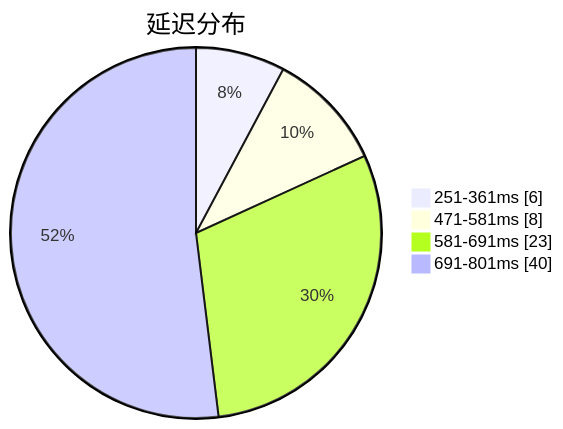
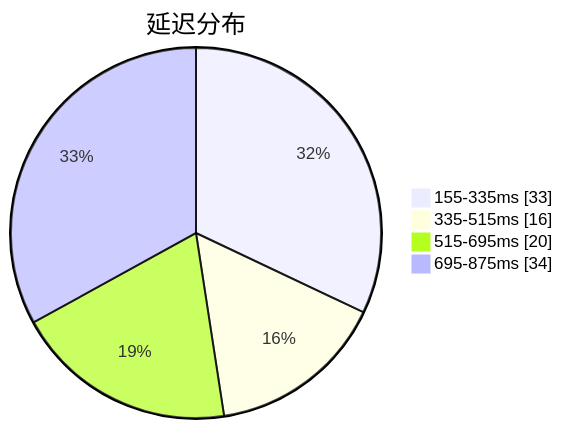
One commit to qjlxg/airport changed the first of 3 diagrams in subs/statistics/tested_within.md. Above: the diagram before and after it, drawn with Mermaid. The commit also changed other lines of this file and 2 other files, not shown here.

````diff
--- a/subs/statistics/tested_within.md
+++ b/subs/statistics/tested_within.md
@@ -2,8 +2,8 @@
 ```mermaid
 pie showData
 title 延迟分布
-"251-361ms" : 6
-"471-581ms" : 8
-"581-691ms" : 23
-"691-801ms" : 40
+"155-335ms" : 33
+"335-515ms" : 16
+"515-695ms" : 20
+"695-875ms" : 34
 ```
````
